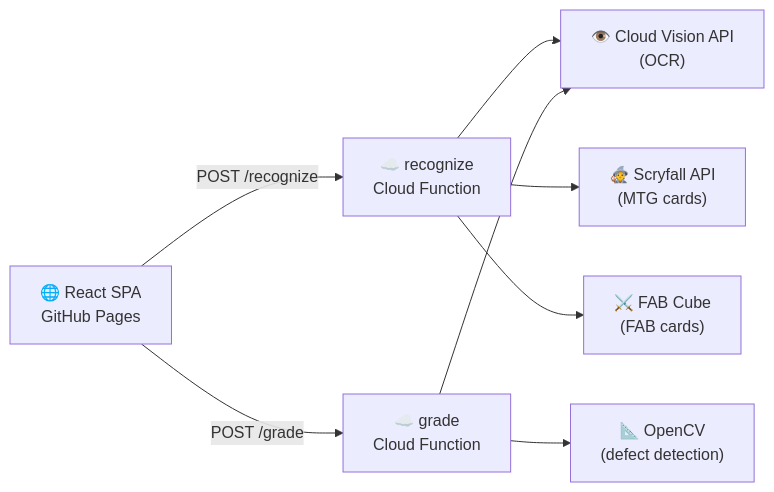
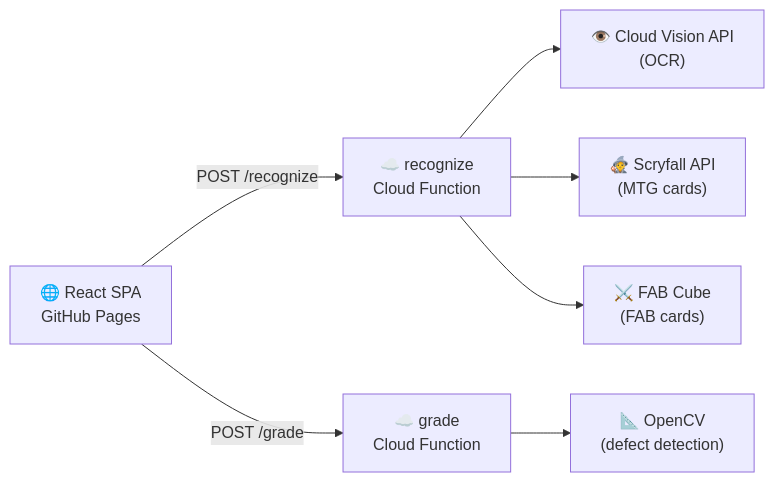
Before and after one commit to Schiggy-3000/card_grading: the diagram in README.md, drawn with Mermaid.

Commit message:
docs: fix architecture diagram — grade function uses OpenCV only, not Cloud Vision

````diff
--- a/README.md
+++ b/README.md
@@ -32,18 +32,17 @@
 ```mermaid
 flowchart LR
     Browser["🌐 React SPA\nGitHub Pages"]
     Recognize["☁️ recognize\nCloud Function"]
     Grade["☁️ grade\nCloud Function"]
     Vision["👁️ Cloud Vision API\n(OCR)"]
     Scryfall["🧙 Scryfall API\n(MTG cards)"]
     FAB["⚔️ FAB Cube\n(FAB cards)"]
     OpenCV["📐 OpenCV\n(defect detection)"]
 
     Browser -- "POST /recognize" --> Recognize
     Browser -- "POST /grade" --> Grade
     Recognize --> Vision
     Recognize --> Scryfall
     Recognize --> FAB
-    Grade --> Vision
     Grade --> OpenCV
 ```
````
